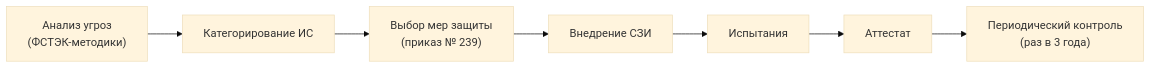
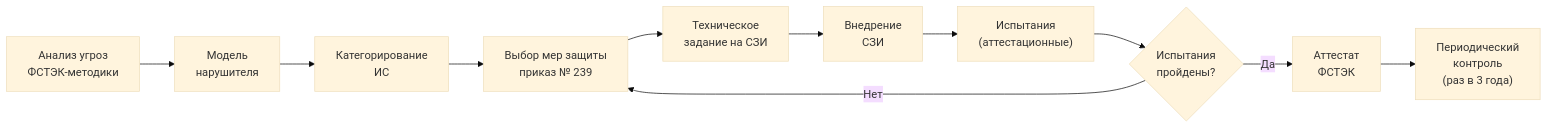
The diagram in docs/specialization/govtech-security.md (sergeyodnoval-bot/sysanalyst-kb.github.io), drawn with Mermaid (base theme) before and after one commit. The commit also changed other lines of this file and 13 other files, not shown here.

````diff
--- a/docs/specialization/govtech-security.md
+++ b/docs/specialization/govtech-security.md
@@ -32,9 +65,13 @@
 ```mermaid
 flowchart LR
-    A["Анализ угроз<br/>(ФСТЭК-методики)"] --> B["Категорирование ИС"]
-    B --> C["Выбор мер защиты<br/>(приказ № 239)"]
-    C --> D["Внедрение СЗИ"]
-    D --> E["Испытания"]
-    E --> F["Аттестат"]
-    F --> G["Периодический контроль<br/>(раз в 3 года)"]
+    A["Анализ угроз<br/>ФСТЭК-методики"] --> B["Модель<br/>нарушителя"]
+    B --> C["Категорирование<br/>ИС"]
+    C --> D["Выбор мер защиты<br/>приказ № 239"]
+    D --> E["Техническое<br/>задание на СЗИ"]
+    E --> F["Внедрение<br/>СЗИ"]
+    F --> G["Испытания<br/>(аттестационные)"]
+    G --> H{"Испытания<br/>пройдены?"}
+    H -->|"Да"| I["Аттестат<br/>ФСТЭК"]
+    H -->|"Нет"| D
+    I --> J["Периодический<br/>контроль<br/>(раз в 3 года)"]
 ```
````
